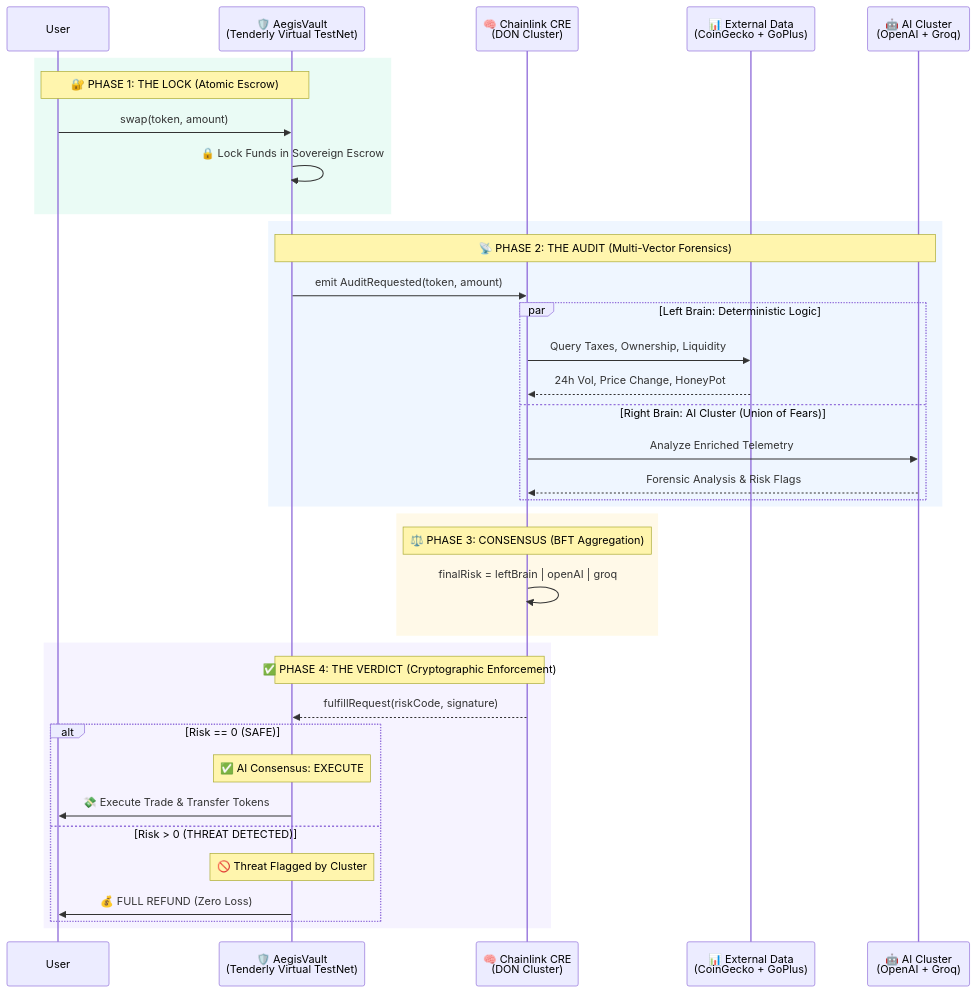
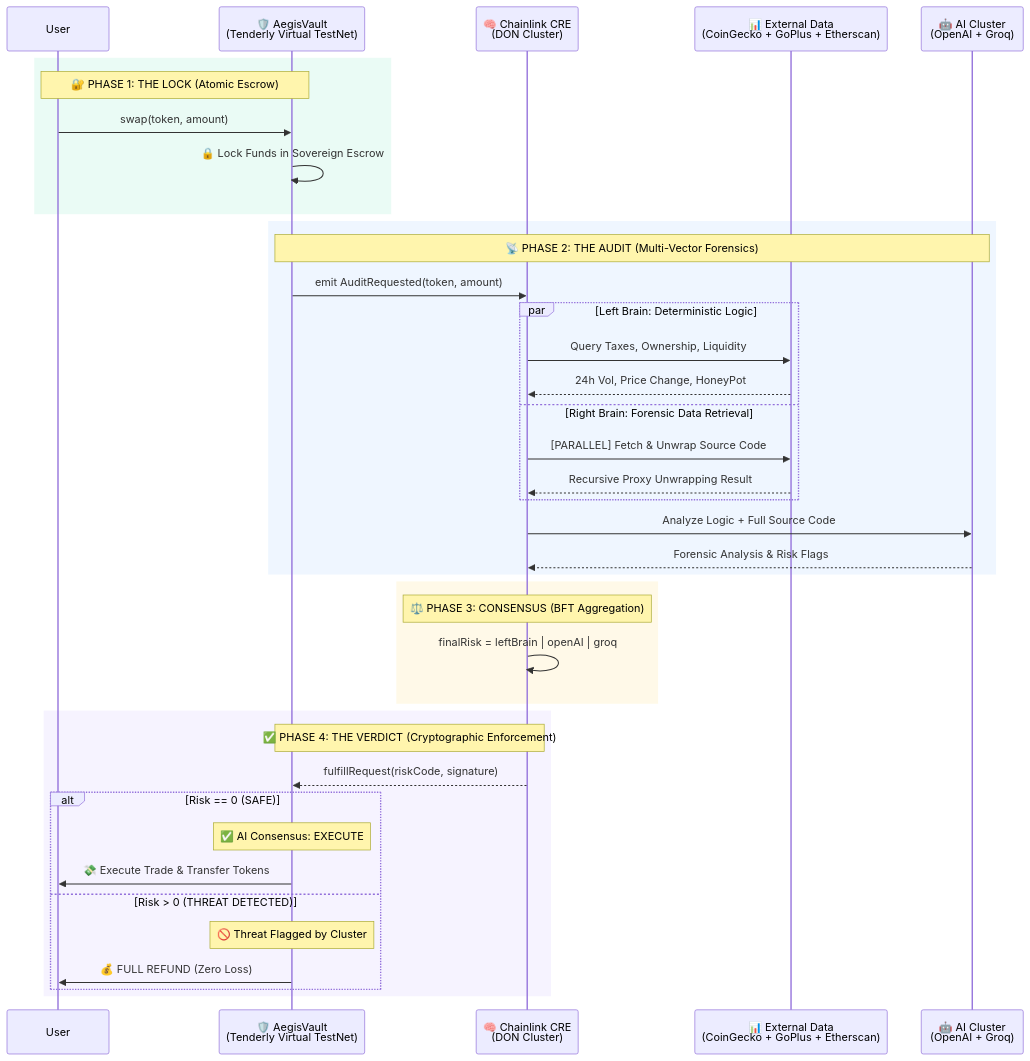
One commit to vjb/aegis-risk-orace changed the diagram in README.md. Above: the diagram before and after it, drawn with Mermaid. The commit also changed 1 other file, not shown here.

Commit message:
docs: update .env.example and README mermaid with source fetcher details

````diff
--- a/README.md
+++ b/README.md
@@ -111,45 +111,48 @@
 ```mermaid
 sequenceDiagram
     participant User
     participant Vault as 🛡️ AegisVault<br/>(Tenderly Virtual TestNet)
     participant CRE as 🧠 Chainlink CRE<br/>(DON Cluster)
-    participant ExtData as 📊 External Data<br/>(CoinGecko + GoPlus)
+    participant ExtData as 📊 External Data<br/>(CoinGecko + GoPlus + Etherscan)
     participant AI as 🤖 AI Cluster<br/>(OpenAI + Groq)
 
     rect rgb(52, 211, 153, 0.1)
         Note over User,Vault: 🔐 PHASE 1: THE LOCK (Atomic Escrow)
         User->>Vault: swap(token, amount)
         Vault->>Vault: 🔒 Lock Funds in Sovereign Escrow
     end
     
     rect rgb(96, 165, 250, 0.1)
         Note over Vault,AI: 📡 PHASE 2: THE AUDIT (Multi-Vector Forensics)
         Vault->>CRE: emit AuditRequested(token, amount)
         
         par Left Brain: Deterministic Logic
             CRE->>ExtData: Query Taxes, Ownership, Liquidity
             ExtData-->>CRE: 24h Vol, Price Change, HoneyPot
-        and Right Brain: AI Cluster (Union of Fears)
-            CRE->>AI: Analyze Enriched Telemetry
-            AI-->>CRE: Forensic Analysis & Risk Flags
+        and Right Brain: Forensic Data Retrieval
+            CRE->>ExtData: [PARALLEL] Fetch & Unwrap Source Code
+            ExtData-->>CRE: Recursive Proxy Unwrapping Result
         end
+
+        CRE->>AI: Analyze Logic + Full Source Code
+        AI-->>CRE: Forensic Analysis & Risk Flags
     end
     
     rect rgb(251, 191, 36, 0.1)
         Note over CRE: ⚖️ PHASE 3: CONSENSUS (BFT Aggregation)
         CRE->>CRE: finalRisk = leftBrain | openAI | groq
     end
     
     rect rgb(167, 139, 250, 0.1)
         Note over CRE,Vault: ✅ PHASE 4: THE VERDICT (Cryptographic Enforcement)
         CRE-->>Vault: fulfillRequest(riskCode, signature)
         
         alt Risk == 0 (SAFE)
             Note over Vault: ✅ AI Consensus: EXECUTE
             Vault->>User: 💸 Execute Trade & Transfer Tokens
         else Risk > 0 (THREAT DETECTED)
             Note over Vault: 🚫 Threat Flagged by Cluster
             Vault->>User: 💰 FULL REFUND (Zero Loss)
         end
     end
 ```
````
